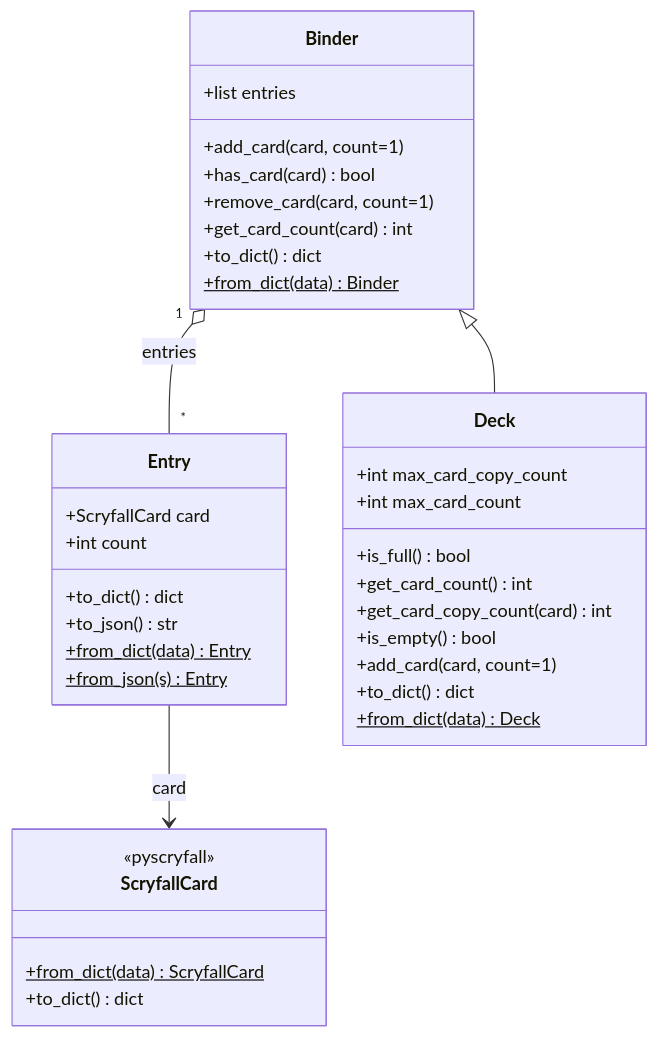
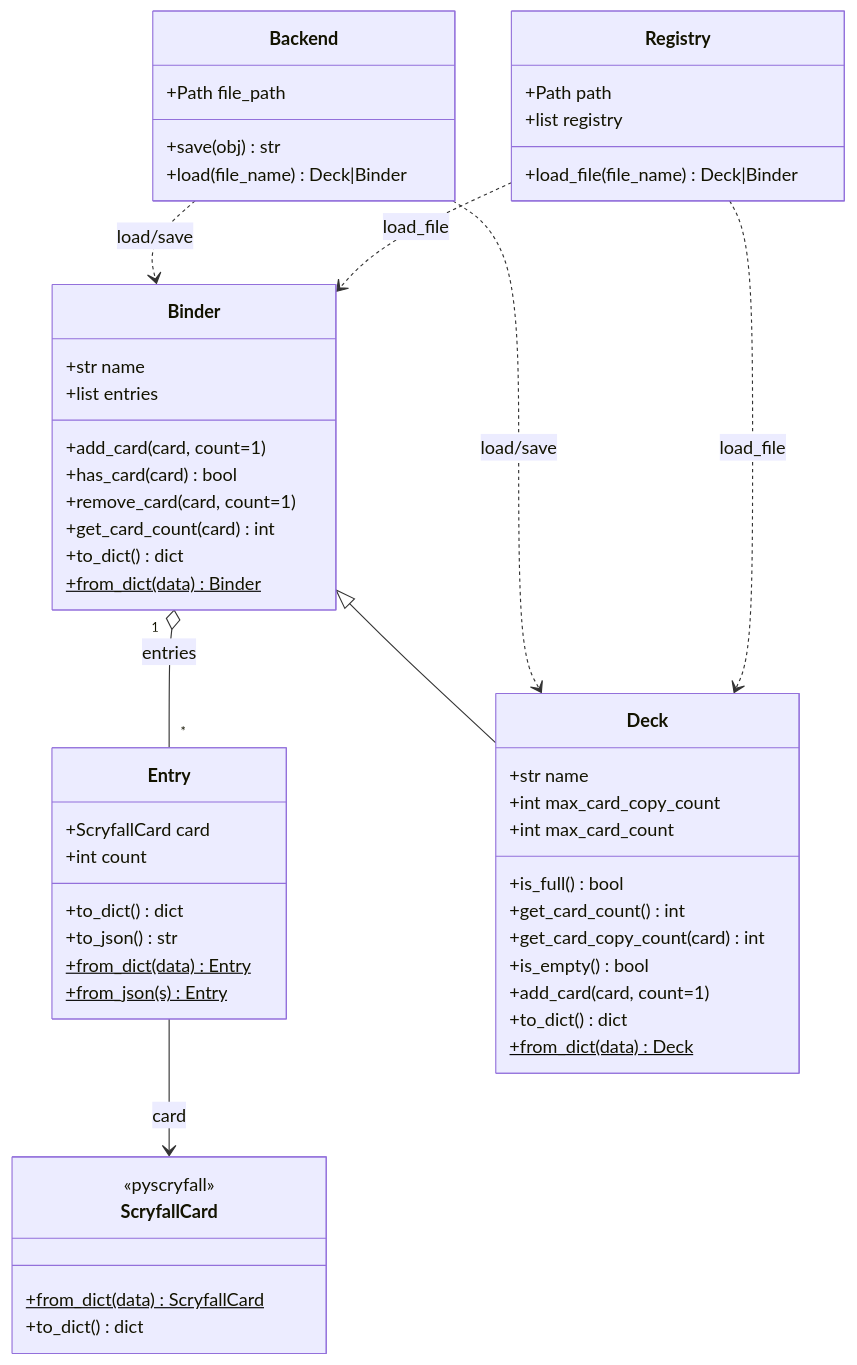
Before and after one commit to mcaimi/pymtgdeck: the diagram in README.md, drawn with Mermaid. The commit also changed other lines of this file, not shown here.

````diff
--- a/README.md
+++ b/README.md
@@ -39,45 +45,63 @@
 ```mermaid
 classDiagram
     direction TB
 
     class ScryfallCard {
         <<pyscryfall>>
         +from_dict(data) ScryfallCard$
         +to_dict() dict
     }
 
     class Entry {
         +ScryfallCard card
         +int count
         +to_dict() dict
         +to_json() str
         +from_dict(data) Entry$
         +from_json(s) Entry$
     }
 
     class Binder {
+        +str name
         +list entries
         +add_card(card, count=1)
         +has_card(card) bool
         +remove_card(card, count=1)
         +get_card_count(card) int
         +to_dict() dict
         +from_dict(data) Binder$
     }
 
     class Deck {
+        +str name
         +int max_card_copy_count
         +int max_card_count
         +is_full() bool
         +get_card_count() int
         +get_card_copy_count(card) int
         +is_empty() bool
         +add_card(card, count=1)
         +to_dict() dict
         +from_dict(data) Deck$
     }
 
+    class Backend {
+        +Path file_path
+        +save(obj) str
+        +load(file_name) Deck|Binder
+    }
+
+    class Registry {
+        +Path path
+        +list registry
+        +load_file(file_name) Deck|Binder
+    }
+
     Entry --> ScryfallCard : card
     Binder "1" o-- "*" Entry : entries
     Binder <|-- Deck
+    Backend ..> Deck : load/save
+    Backend ..> Binder : load/save
+    Registry ..> Deck : load_file
+    Registry ..> Binder : load_file
 ```
````
